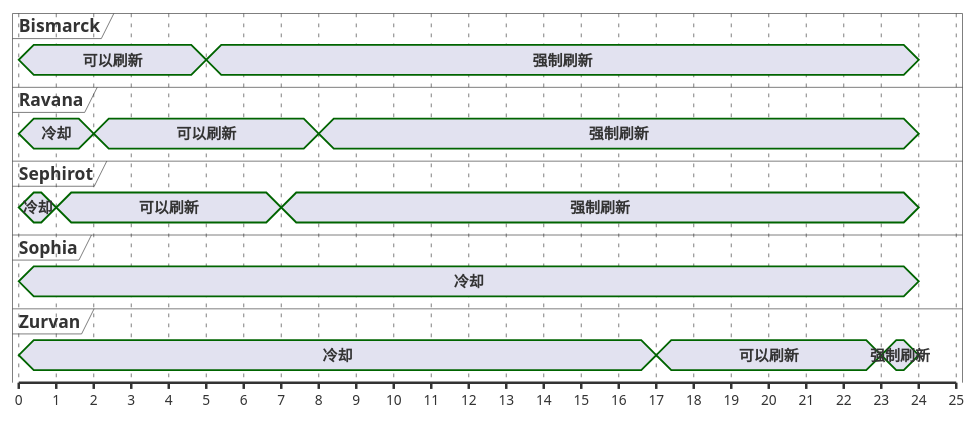
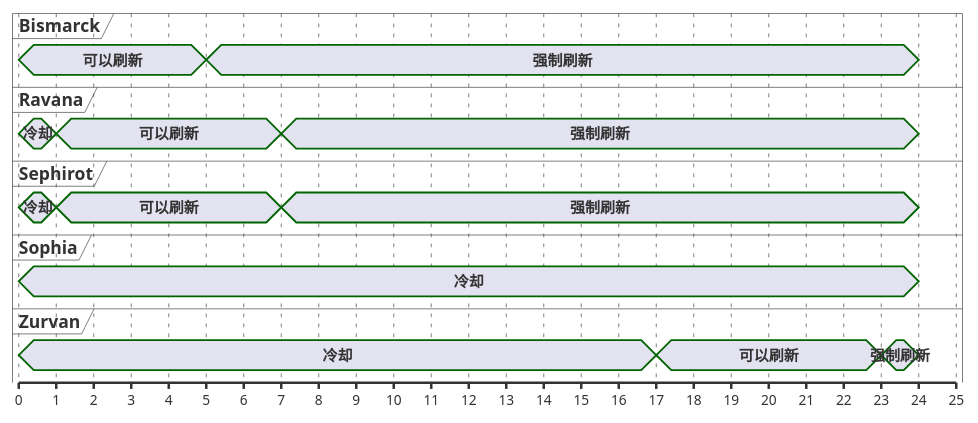
Diagram 13 of 13 in ffxiv/hunt/2.0/Nandi.md (Eroleice/doc-pi), drawn with PlantUML before and after one commit. The commit also changed other lines of this file and 38 other files, not shown here.

````diff
--- a/ffxiv/hunt/2.0/Nandi.md
+++ b/ffxiv/hunt/2.0/Nandi.md
@@ -727,39 +726,39 @@
 ```plantuml
 @startuml
 scale 1 as 30 pixels
 
 concise Bismarck
 concise Ravana
 concise Sephirot
 concise Sophia
 concise Zurvan
 
 @Bismarck
 0 is 可以刷新
 5 is 强制刷新
 24 is {hidden}
 
 @Sephirot
 0 is 冷却
 1 is 可以刷新
 7 is 强制刷新
 24 is {hidden}
 
 @Ravana
 0 is 冷却
-2 is 可以刷新
-8 is 强制刷新
+1 is 可以刷新
+7 is 强制刷新
 24 is {hidden}
 
 @Zurvan
 0 is 冷却
 17 is 可以刷新
 23 is 强制刷新
 24 is {hidden}
 
 @Sophia
 0 is 冷却
 24 is {hidden}
 
 @enduml
 ```
````
